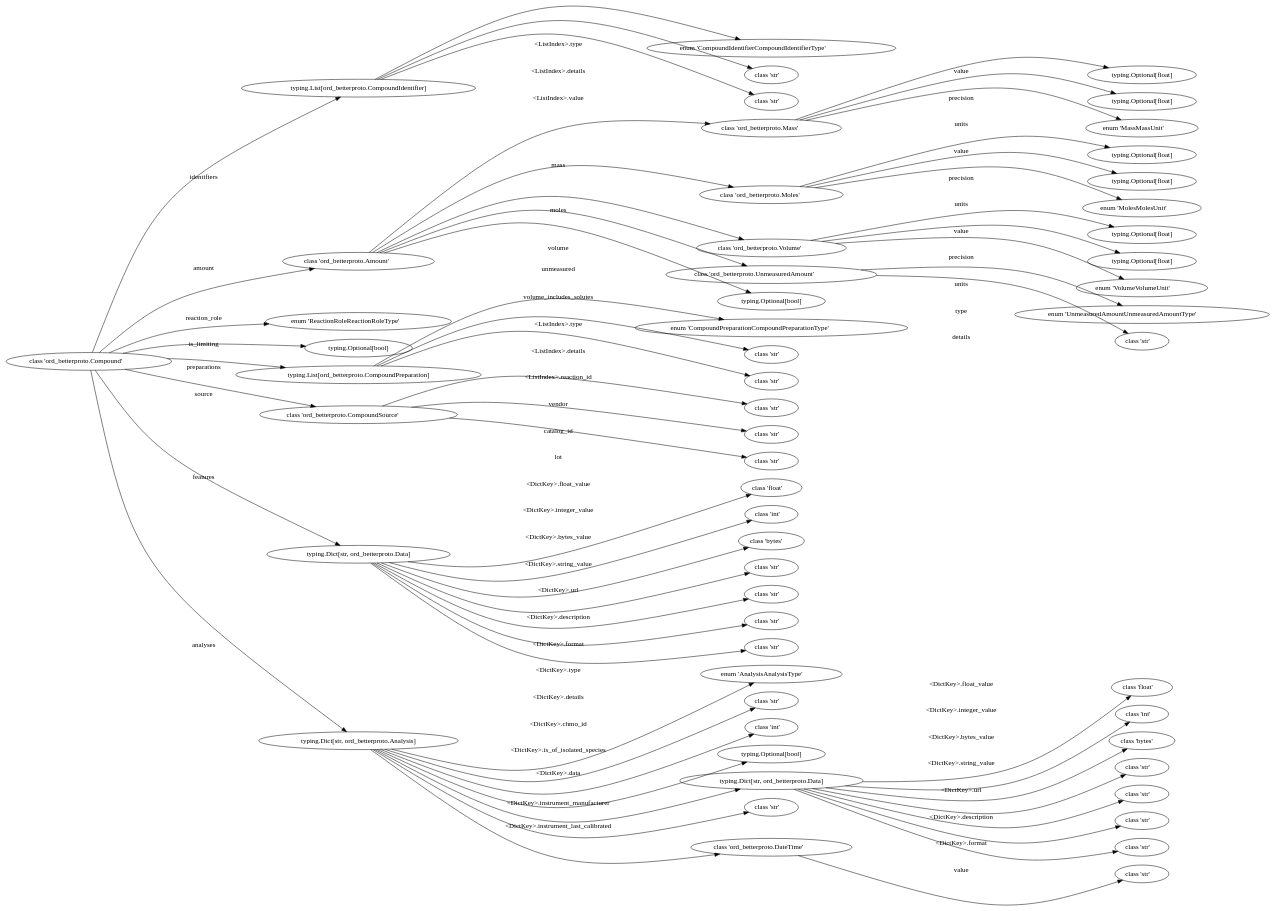
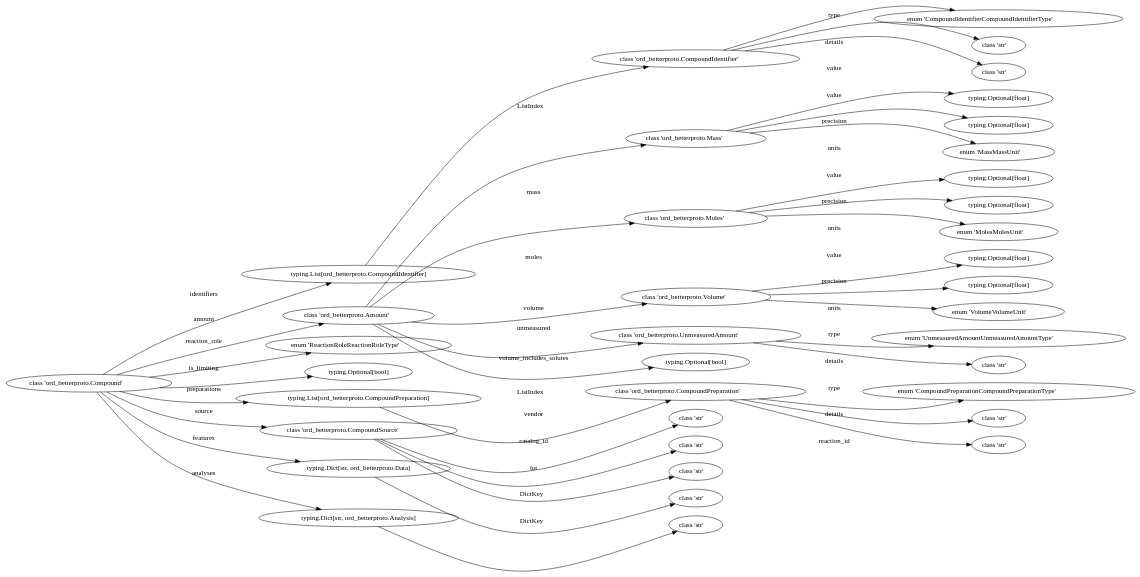
The diagram in demo/ord_betterproto/tree_Compound.dot (coleygroup/aspire_epv), drawn with Graphviz before and after one commit. The commit also changed 2 other files, not shown here.

Commit message:
expand `<ListIndex>.xxx` or `<DictKey>.xxx`

```diff
--- a/demo/ord_betterproto/tree_Compound.dot
+++ b/demo/ord_betterproto/tree_Compound.dot
@@ -13,328 +13,220 @@
 		type="typing.List[ord_betterproto.CompoundIdentifier]",
 		type_string="typing._GenericAlias"];
 	0 -> 1	[label=identifiers];
-	5	[dotpath=".amount",
+	6	[dotpath=".amount",
 		label=<class 'ord_betterproto.Amount'>,
 		tot="TypeOfType.Ord",
 		type="<class 'ord_betterproto.Amount'>",
 		type_string="ord_betterproto.Amount"];
-	0 -> 5	[label=amount];
-	22	[dotpath=".reaction_role",
+	0 -> 6	[label=amount];
+	23	[dotpath=".reaction_role",
 		label=<enum 'ReactionRoleReactionRoleType'>,
 		tot="TypeOfType.OrdEnum",
 		type="<enum 'ReactionRoleReactionRoleType'>",
 		type_string="ord_betterproto.ReactionRoleReactionRoleType"];
-	0 -> 22	[label=reaction_role];
-	23	[dotpath=".is_limiting",
+	0 -> 23	[label=reaction_role];
+	24	[dotpath=".is_limiting",
 		label="typing.Optional[bool]",
 		tot="TypeOfType.OptionalLiteral",
 		type="typing.Optional[bool]",
 		type_string="typing._UnionGenericAlias"];
-	0 -> 23	[label=is_limiting];
-	24	[dotpath=".preparations",
+	0 -> 24	[label=is_limiting];
+	25	[dotpath=".preparations",
 		label="typing.List[ord_betterproto.CompoundPreparation]",
 		tot="TypeOfType.ListOrd",
 		type="typing.List[ord_betterproto.CompoundPreparation]",
 		type_string="typing._GenericAlias"];
-	0 -> 24	[label=preparations];
-	28	[dotpath=".source",
+	0 -> 25	[label=preparations];
+	30	[dotpath=".source",
 		label=<class 'ord_betterproto.CompoundSource'>,
 		tot="TypeOfType.Ord",
 		type="<class 'ord_betterproto.CompoundSource'>",
 		type_string="ord_betterproto.CompoundSource"];
-	0 -> 28	[label=source];
-	32	[dotpath=".features",
+	0 -> 30	[label=source];
+	34	[dotpath=".features",
 		label="typing.Dict[str, ord_betterproto.Data]",
 		tot="TypeOfType.DictOrd",
 		type="typing.Dict[str, ord_betterproto.Data]",
 		type_string="typing._GenericAlias"];
-	0 -> 32	[label=features];
-	40	[dotpath=".analyses",
+	0 -> 34	[label=features];
+	36	[dotpath=".analyses",
 		label="typing.Dict[str, ord_betterproto.Analysis]",
 		tot="TypeOfType.DictOrd",
 		type="typing.Dict[str, ord_betterproto.Analysis]",
 		type_string="typing._GenericAlias"];
-	0 -> 40	[label=analyses];
-	2	[dotpath=".identifiers.<ListIndex>.type",
+	0 -> 36	[label=analyses];
+	2	[dotpath=".identifiers.<ListIndex>",
+		label=<class 'ord_betterproto.CompoundIdentifier'>,
+		tot="TypeOfType.Ord",
+		type="<class 'ord_betterproto.CompoundIdentifier'>",
+		type_string="ord_betterproto.CompoundIdentifier"];
+	1 -> 2	[label=<ListIndex>];
+	3	[dotpath=".identifiers.<ListIndex>.type",
 		label=<enum 'CompoundIdentifierCompoundIdentifierType'>,
 		tot="TypeOfType.OrdEnum",
 		type="<enum 'CompoundIdentifierCompoundIdentifierType'>",
 		type_string="ord_betterproto.CompoundIdentifierCompoundIdentifierType"];
-	1 -> 2	[label="<ListIndex>.type"];
-	3	[dotpath=".identifiers.<ListIndex>.details",
+	2 -> 3	[label=type];
+	4	[dotpath=".identifiers.<ListIndex>.details",
 		label=<class 'str'>,
 		tot="TypeOfType.Literal",
 		type="<class 'str'>",
 		type_string="builtins.str"];
-	1 -> 3	[label="<ListIndex>.details"];
-	4	[dotpath=".identifiers.<ListIndex>.value",
+	2 -> 4	[label=details];
+	5	[dotpath=".identifiers.<ListIndex>.value",
 		label=<class 'str'>,
 		tot="TypeOfType.Literal",
 		type="<class 'str'>",
 		type_string="builtins.str"];
-	1 -> 4	[label="<ListIndex>.value"];
-	6	[dotpath=".amount.mass",
+	2 -> 5	[label=value];
+	7	[dotpath=".amount.mass",
 		label=<class 'ord_betterproto.Mass'>,
 		tot="TypeOfType.Ord",
 		type="<class 'ord_betterproto.Mass'>",
 		type_string="ord_betterproto.Mass"];
-	5 -> 6	[label=mass];
-	10	[dotpath=".amount.moles",
+	6 -> 7	[label=mass];
+	11	[dotpath=".amount.moles",
 		label=<class 'ord_betterproto.Moles'>,
 		tot="TypeOfType.Ord",
 		type="<class 'ord_betterproto.Moles'>",
 		type_string="ord_betterproto.Moles"];
-	5 -> 10	[label=moles];
-	14	[dotpath=".amount.volume",
+	6 -> 11	[label=moles];
+	15	[dotpath=".amount.volume",
 		label=<class 'ord_betterproto.Volume'>,
 		tot="TypeOfType.Ord",
 		type="<class 'ord_betterproto.Volume'>",
 		type_string="ord_betterproto.Volume"];
-	5 -> 14	[label=volume];
-	18	[dotpath=".amount.unmeasured",
+	6 -> 15	[label=volume];
+	19	[dotpath=".amount.unmeasured",
 		label=<class 'ord_betterproto.UnmeasuredAmount'>,
 		tot="TypeOfType.Ord",
 		type="<class 'ord_betterproto.UnmeasuredAmount'>",
 		type_string="ord_betterproto.UnmeasuredAmount"];
-	5 -> 18	[label=unmeasured];
-	21	[dotpath=".amount.volume_includes_solutes",
+	6 -> 19	[label=unmeasured];
+	22	[dotpath=".amount.volume_includes_solutes",
 		label="typing.Optional[bool]",
 		tot="TypeOfType.OptionalLiteral",
 		type="typing.Optional[bool]",
 		type_string="typing._UnionGenericAlias"];
-	5 -> 21	[label=volume_includes_solutes];
-	7	[dotpath=".amount.mass.value",
+	6 -> 22	[label=volume_includes_solutes];
+	8	[dotpath=".amount.mass.value",
 		label="typing.Optional[float]",
 		tot="TypeOfType.OptionalLiteral",
 		type="typing.Optional[float]",
 		type_string="typing._UnionGenericAlias"];
-	6 -> 7	[label=value];
-	8	[dotpath=".amount.mass.precision",
+	7 -> 8	[label=value];
+	9	[dotpath=".amount.mass.precision",
 		label="typing.Optional[float]",
 		tot="TypeOfType.OptionalLiteral",
 		type="typing.Optional[float]",
 		type_string="typing._UnionGenericAlias"];
-	6 -> 8	[label=precision];
-	9	[dotpath=".amount.mass.units",
+	7 -> 9	[label=precision];
+	10	[dotpath=".amount.mass.units",
 		label=<enum 'MassMassUnit'>,
 		tot="TypeOfType.OrdEnum",
 		type="<enum 'MassMassUnit'>",
 		type_string="ord_betterproto.MassMassUnit"];
-	6 -> 9	[label=units];
-	11	[dotpath=".amount.moles.value",
+	7 -> 10	[label=units];
+	12	[dotpath=".amount.moles.value",
 		label="typing.Optional[float]",
 		tot="TypeOfType.OptionalLiteral",
 		type="typing.Optional[float]",
 		type_string="typing._UnionGenericAlias"];
-	10 -> 11	[label=value];
-	12	[dotpath=".amount.moles.precision",
+	11 -> 12	[label=value];
+	13	[dotpath=".amount.moles.precision",
 		label="typing.Optional[float]",
 		tot="TypeOfType.OptionalLiteral",
 		type="typing.Optional[float]",
 		type_string="typing._UnionGenericAlias"];
-	10 -> 12	[label=precision];
-	13	[dotpath=".amount.moles.units",
+	11 -> 13	[label=precision];
+	14	[dotpath=".amount.moles.units",
 		label=<enum 'MolesMolesUnit'>,
 		tot="TypeOfType.OrdEnum",
 		type="<enum 'MolesMolesUnit'>",
 		type_string="ord_betterproto.MolesMolesUnit"];
-	10 -> 13	[label=units];
-	15	[dotpath=".amount.volume.value",
+	11 -> 14	[label=units];
+	16	[dotpath=".amount.volume.value",
 		label="typing.Optional[float]",
 		tot="TypeOfType.OptionalLiteral",
 		type="typing.Optional[float]",
 		type_string="typing._UnionGenericAlias"];
-	14 -> 15	[label=value];
-	16	[dotpath=".amount.volume.precision",
+	15 -> 16	[label=value];
+	17	[dotpath=".amount.volume.precision",
 		label="typing.Optional[float]",
 		tot="TypeOfType.OptionalLiteral",
 		type="typing.Optional[float]",
 		type_string="typing._UnionGenericAlias"];
-	14 -> 16	[label=precision];
-	17	[dotpath=".amount.volume.units",
+	15 -> 17	[label=precision];
+	18	[dotpath=".amount.volume.units",
 		label=<enum 'VolumeVolumeUnit'>,
 		tot="TypeOfType.OrdEnum",
 		type="<enum 'VolumeVolumeUnit'>",
 		type_string="ord_betterproto.VolumeVolumeUnit"];
-	14 -> 17	[label=units];
-	19	[dotpath=".amount.unmeasured.type",
+	15 -> 18	[label=units];
+	20	[dotpath=".amount.unmeasured.type",
 		label=<enum 'UnmeasuredAmountUnmeasuredAmountType'>,
 		tot="TypeOfType.OrdEnum",
 		type="<enum 'UnmeasuredAmountUnmeasuredAmountType'>",
 		type_string="ord_betterproto.UnmeasuredAmountUnmeasuredAmountType"];
-	18 -> 19	[label=type];
-	20	[dotpath=".amount.unmeasured.details",
+	19 -> 20	[label=type];
+	21	[dotpath=".amount.unmeasured.details",
 		label=<class 'str'>,
 		tot="TypeOfType.Literal",
 		type="<class 'str'>",
 		type_string="builtins.str"];
-	18 -> 20	[label=details];
-	25	[dotpath=".preparations.<ListIndex>.type",
+	19 -> 21	[label=details];
+	26	[dotpath=".preparations.<ListIndex>",
+		label=<class 'ord_betterproto.CompoundPreparation'>,
+		tot="TypeOfType.Ord",
+		type="<class 'ord_betterproto.CompoundPreparation'>",
+		type_string="ord_betterproto.CompoundPreparation"];
+	25 -> 26	[label=<ListIndex>];
+	27	[dotpath=".preparations.<ListIndex>.type",
 		label=<enum 'CompoundPreparationCompoundPreparationType'>,
 		tot="TypeOfType.OrdEnum",
 		type="<enum 'CompoundPreparationCompoundPreparationType'>",
 		type_string="ord_betterproto.CompoundPreparationCompoundPreparationType"];
-	24 -> 25	[label="<ListIndex>.type"];
-	26	[dotpath=".preparations.<ListIndex>.details",
+	26 -> 27	[label=type];
+	28	[dotpath=".preparations.<ListIndex>.details",
 		label=<class 'str'>,
 		tot="TypeOfType.Literal",
 		type="<class 'str'>",
 		type_string="builtins.str"];
-	24 -> 26	[label="<ListIndex>.details"];
-	27	[dotpath=".preparations.<ListIndex>.reaction_id",
+	26 -> 28	[label=details];
+	29	[dotpath=".preparations.<ListIndex>.reaction_id",
 		label=<class 'str'>,
 		tot="TypeOfType.Literal",
 		type="<class 'str'>",
 		type_string="builtins.str"];
-	24 -> 27	[label="<ListIndex>.reaction_id"];
-	29	[dotpath=".source.vendor",
+	26 -> 29	[label=reaction_id];
+	31	[dotpath=".source.vendor",
 		label=<class 'str'>,
 		tot="TypeOfType.Literal",
 		type="<class 'str'>",
 		type_string="builtins.str"];
-	28 -> 29	[label=vendor];
-	30	[dotpath=".source.catalog_id",
+	30 -> 31	[label=vendor];
+	32	[dotpath=".source.catalog_id",
 		label=<class 'str'>,
 		tot="TypeOfType.Literal",
 		type="<class 'str'>",
 		type_string="builtins.str"];
-	28 -> 30	[label=catalog_id];
-	31	[dotpath=".source.lot",
+	30 -> 32	[label=catalog_id];
+	33	[dotpath=".source.lot",
 		label=<class 'str'>,
 		tot="TypeOfType.Literal",
 		type="<class 'str'>",
 		type_string="builtins.str"];
-	28 -> 31	[label=lot];
-	33	[dotpath=".features.<DictKey>.float_value",
-		label=<class 'float'>,
-		tot="TypeOfType.Literal",
-		type="<class 'float'>",
-		type_string="builtins.float"];
-	32 -> 33	[label="<DictKey>.float_value"];
-	34	[dotpath=".features.<DictKey>.integer_value",
-		label=<class 'int'>,
-		tot="TypeOfType.Literal",
-		type="<class 'int'>",
-		type_string="builtins.int"];
-	32 -> 34	[label="<DictKey>.integer_value"];
-	35	[dotpath=".features.<DictKey>.bytes_value",
-		label=<class 'bytes'>,
-		tot="TypeOfType.Literal",
-		type="<class 'bytes'>",
-		type_string="builtins.bytes"];
-	32 -> 35	[label="<DictKey>.bytes_value"];
-	36	[dotpath=".features.<DictKey>.string_value",
+	30 -> 33	[label=lot];
+	35	[dotpath=".features.<DictKey>",
 		label=<class 'str'>,
 		tot="TypeOfType.Literal",
 		type="<class 'str'>",
 		type_string="builtins.str"];
-	32 -> 36	[label="<DictKey>.string_value"];
-	37	[dotpath=".features.<DictKey>.url",
+	34 -> 35	[label=<DictKey>];
+	37	[dotpath=".analyses.<DictKey>",
 		label=<class 'str'>,
 		tot="TypeOfType.Literal",
 		type="<class 'str'>",
 		type_string="builtins.str"];
-	32 -> 37	[label="<DictKey>.url"];
-	38	[dotpath=".features.<DictKey>.description",
-		label=<class 'str'>,
-		tot="TypeOfType.Literal",
-		type="<class 'str'>",
-		type_string="builtins.str"];
-	32 -> 38	[label="<DictKey>.description"];
-	39	[dotpath=".features.<DictKey>.format",
-		label=<class 'str'>,
-		tot="TypeOfType.Literal",
-		type="<class 'str'>",
-		type_string="builtins.str"];
-	32 -> 39	[label="<DictKey>.format"];
-	41	[dotpath=".analyses.<DictKey>.type",
-		label=<enum 'AnalysisAnalysisType'>,
-		tot="TypeOfType.OrdEnum",
-		type="<enum 'AnalysisAnalysisType'>",
-		type_string="ord_betterproto.AnalysisAnalysisType"];
-	40 -> 41	[label="<DictKey>.type"];
-	42	[dotpath=".analyses.<DictKey>.details",
-		label=<class 'str'>,
-		tot="TypeOfType.Literal",
-		type="<class 'str'>",
-		type_string="builtins.str"];
-	40 -> 42	[label="<DictKey>.details"];
-	43	[dotpath=".analyses.<DictKey>.chmo_id",
-		label=<class 'int'>,
-		tot="TypeOfType.Literal",
-		type="<class 'int'>",
-		type_string="builtins.int"];
-	40 -> 43	[label="<DictKey>.chmo_id"];
-	44	[dotpath=".analyses.<DictKey>.is_of_isolated_species",
-		label="typing.Optional[bool]",
-		tot="TypeOfType.OptionalLiteral",
-		type="typing.Optional[bool]",
-		type_string="typing._UnionGenericAlias"];
-	40 -> 44	[label="<DictKey>.is_of_isolated_species"];
-	45	[dotpath=".analyses.<DictKey>.data",
-		label="typing.Dict[str, ord_betterproto.Data]",
-		tot="TypeOfType.DictOrd",
-		type="typing.Dict[str, ord_betterproto.Data]",
-		type_string="typing._GenericAlias"];
-	40 -> 45	[label="<DictKey>.data"];
-	53	[dotpath=".analyses.<DictKey>.instrument_manufacturer",
-		label=<class 'str'>,
-		tot="TypeOfType.Literal",
-		type="<class 'str'>",
-		type_string="builtins.str"];
-	40 -> 53	[label="<DictKey>.instrument_manufacturer"];
-	54	[dotpath=".analyses.<DictKey>.instrument_last_calibrated",
-		label=<class 'ord_betterproto.DateTime'>,
-		tot="TypeOfType.Ord",
-		type="<class 'ord_betterproto.DateTime'>",
-		type_string="ord_betterproto.DateTime"];
-	40 -> 54	[label="<DictKey>.instrument_last_calibrated"];
-	46	[dotpath=".analyses.<DictKey>.data.<DictKey>.float_value",
-		label=<class 'float'>,
-		tot="TypeOfType.Literal",
-		type="<class 'float'>",
-		type_string="builtins.float"];
-	45 -> 46	[label="<DictKey>.float_value"];
-	47	[dotpath=".analyses.<DictKey>.data.<DictKey>.integer_value",
-		label=<class 'int'>,
-		tot="TypeOfType.Literal",
-		type="<class 'int'>",
-		type_string="builtins.int"];
-	45 -> 47	[label="<DictKey>.integer_value"];
-	48	[dotpath=".analyses.<DictKey>.data.<DictKey>.bytes_value",
-		label=<class 'bytes'>,
-		tot="TypeOfType.Literal",
-		type="<class 'bytes'>",
-		type_string="builtins.bytes"];
-	45 -> 48	[label="<DictKey>.bytes_value"];
-	49	[dotpath=".analyses.<DictKey>.data.<DictKey>.string_value",
-		label=<class 'str'>,
-		tot="TypeOfType.Literal",
-		type="<class 'str'>",
-		type_string="builtins.str"];
-	45 -> 49	[label="<DictKey>.string_value"];
-	50	[dotpath=".analyses.<DictKey>.data.<DictKey>.url",
-		label=<class 'str'>,
-		tot="TypeOfType.Literal",
-		type="<class 'str'>",
-		type_string="builtins.str"];
-	45 -> 50	[label="<DictKey>.url"];
-	51	[dotpath=".analyses.<DictKey>.data.<DictKey>.description",
-		label=<class 'str'>,
-		tot="TypeOfType.Literal",
-		type="<class 'str'>",
-		type_string="builtins.str"];
-	45 -> 51	[label="<DictKey>.description"];
-	52	[dotpath=".analyses.<DictKey>.data.<DictKey>.format",
-		label=<class 'str'>,
-		tot="TypeOfType.Literal",
-		type="<class 'str'>",
-		type_string="builtins.str"];
-	45 -> 52	[label="<DictKey>.format"];
-	55	[dotpath=".analyses.<DictKey>.instrument_last_calibrated.value",
-		label=<class 'str'>,
-		tot="TypeOfType.Literal",
-		type="<class 'str'>",
-		type_string="builtins.str"];
-	54 -> 55	[label=value];
+	36 -> 37	[label=<DictKey>];
 }
```
